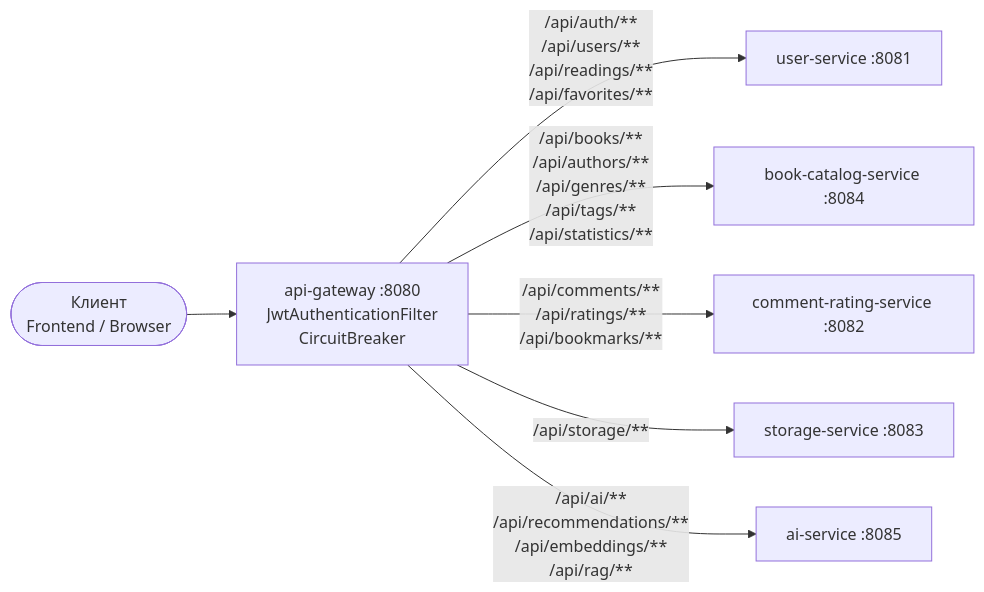
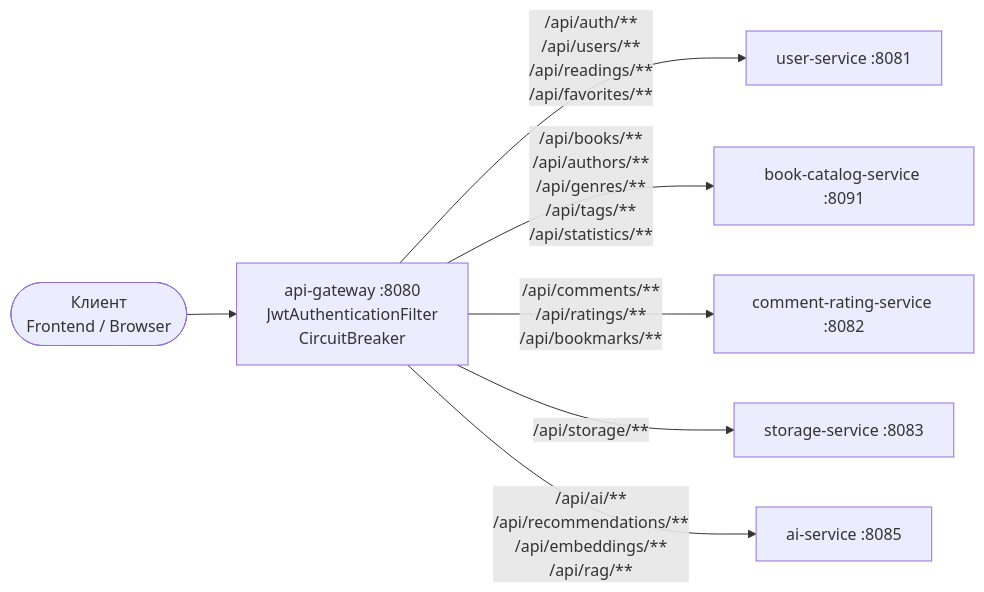
The second of 5 diagrams in docs/BACKEND.md (Pavel-Skibin/DigitalLibrary), drawn with Mermaid before and after one commit. The commit also changed other lines of this file and 21 other files, not shown here.

````diff
--- a/docs/BACKEND.md
+++ b/docs/BACKEND.md
@@ -67,19 +67,19 @@
 ```mermaid
 graph LR
     CLIENT(["Клиент<br/>Frontend / Browser"])
     GW["api-gateway :8080<br/>JwtAuthenticationFilter<br/>CircuitBreaker"]
 
     US["user-service :8081"]
-    BC["book-catalog-service :8084"]
+    BC["book-catalog-service :8091"]
     CR["comment-rating-service :8082"]
     SS["storage-service :8083"]
     AI["ai-service :8085"]
 
     CLIENT --> GW
 
     GW -->|"/api/auth/**<br/>/api/users/**<br/>/api/readings/**<br/>/api/favorites/**"| US
     GW -->|"/api/books/**<br/>/api/authors/**<br/>/api/genres/**<br/>/api/tags/**<br/>/api/statistics/**"| BC
     GW -->|"/api/comments/**<br/>/api/ratings/**<br/>/api/bookmarks/**"| CR
     GW -->|"/api/storage/**"| SS
     GW -->|"/api/ai/**<br/>/api/recommendations/**<br/>/api/embeddings/**<br/>/api/rag/**"| AI
 ```
````
